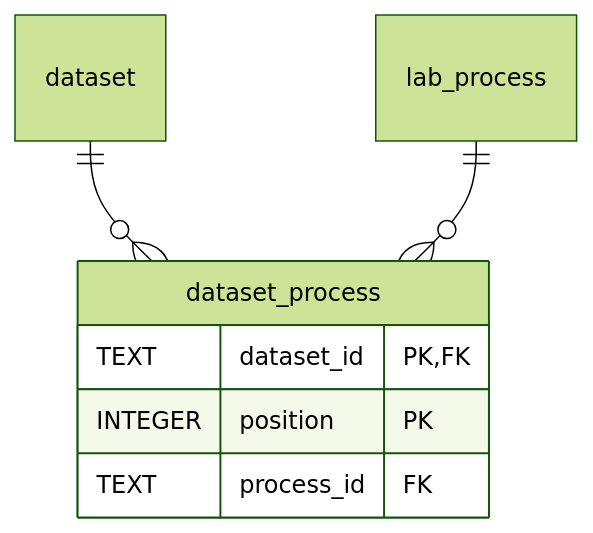
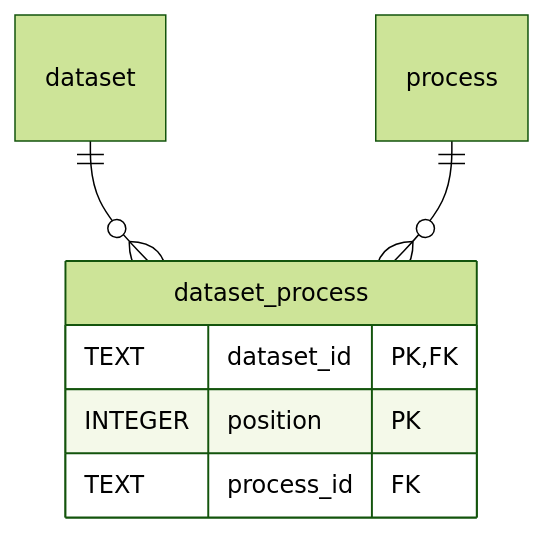
Diagram 11 of 18 in schemas/sql/design.md (HLWeil/ProcessCore), drawn with Mermaid (forest theme) before and after one commit. The commit also changed other lines of this file and 134 other files, not shown here.

````diff
--- a/schemas/sql/design.md
+++ b/schemas/sql/design.md
@@ -373,10 +373,10 @@
 ```mermaid
 erDiagram
     dataset_process {
         TEXT dataset_id PK,FK
         INTEGER position PK
         TEXT process_id FK
     }
     dataset ||--o{ dataset_process : ""
-    lab_process ||--o{ dataset_process : ""
+    process ||--o{ dataset_process : ""
 ```
````
